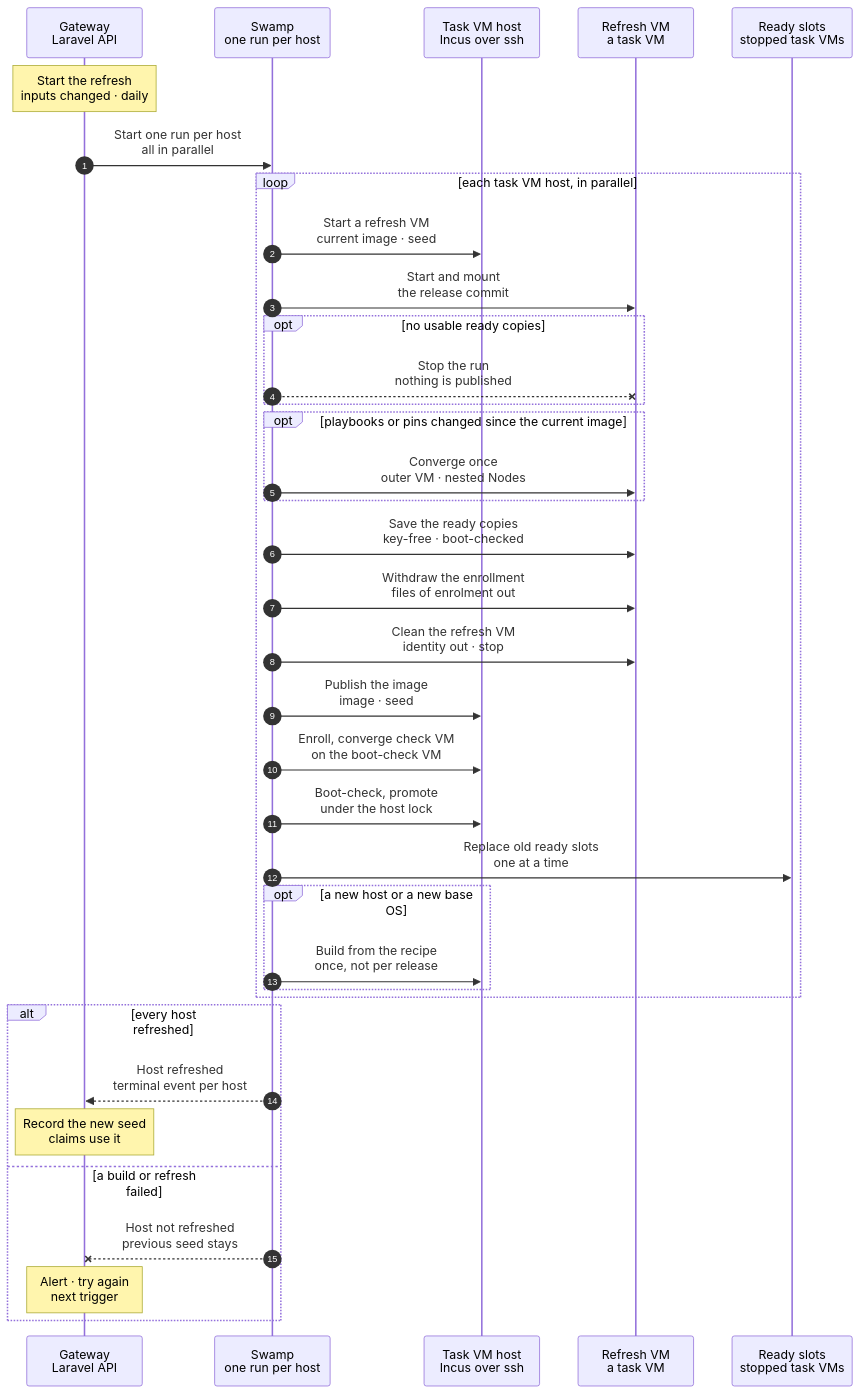
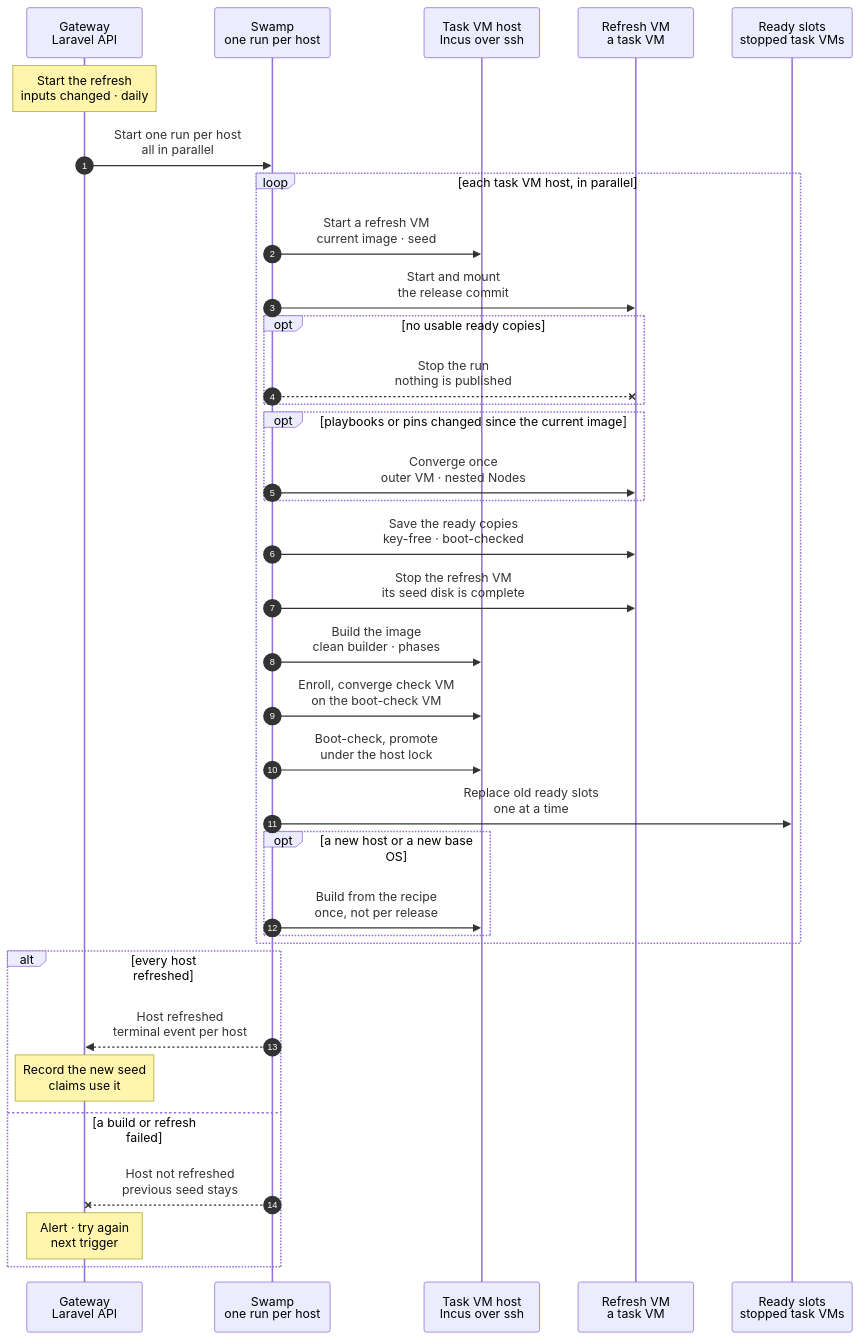
One commit to hardimpactdev/orbit changed the diagram in docs/reference/pipeline/6-task-image-seed-refresh.mmd. Above: the diagram before and after it, drawn with Mermaid. The commit also changed 1 other file, not shown here.

Commit message:
docs(pipeline): publish the task image from a clean builder (#2907)
* docs(pipeline): publish the task image from a clean builder

* docs(pipeline): the clean builder is one shared child, and the chart names its risks

---------

```diff
--- a/docs/reference/pipeline/6-task-image-seed-refresh.mmd
+++ b/docs/reference/pipeline/6-task-image-seed-refresh.mmd
@@ -66,28 +66,29 @@
     %%> - the refresh has no token step: every provision that starts a fleet renews the Swamp tokens of the nested Gateway (stage 2), so the age of the copies does not matter
     %%> - the copies carry format 3: the control plan the renewal reads is on the nested Gateway; copies of an older format are not used
     %%> Built: the child `operation-task-vm-ready-copies`, the kind `task_vm.ready_copies`, on the refresh VM
-    SW->>VM: Withdraw the enrollment<br/>files of enrolment out
-    %%> Decided by the orchestrator, for Nick's review:
-    %%> - a step of the refresh before the clean removes what the enrollment installed (the sudoers file `/etc/sudoers.d/orbit`, `authorized_keys2`, the observer binary and unit): an image that holds them makes the enrollment of the next VM fail with `install: No such file or directory`, which the first promoted image on shark did; the smoke is followed by a check that none of them is in the image
-    SW->>VM: Clean the refresh VM<br/>identity out · stop
-    %%> Decided by the orchestrator, for Nick's review:
-    %%> - one explicit clean step before the publication, the workflow `task-vm-image-clean`; the image build's `Clean and stop` calls the same workflow for its builder (`enrolled: false`), so there is one clean step and not two
-    %%> - it removes the nested guests and network, the WireGuard key, the observer identity and secret, the Pi token, the model key, the Club key and the checkout, resets the firewall (enrollment denies SSH except from Node 209 over the VPN, so the first smoke could not reach its VM), cloud-init, the machine-id and the SSH host keys, trims the disk and stops the VM
-    SW->>H: Publish the image<br/>image · seed
+    SW->>VM: Stop the refresh VM<br/>its seed disk is complete
+    %%> Decided by the orchestrator, for Nick's review (Nick approved 2026-11-06):
+    %%> - the refresh VM yields only its seed disk and is never published; it is stopped so that the copy of the disk is consistent
+    %%> - the seed disk holds only the `node-template` and the `fleet-ready-*` copies; the running nested guests are on the VM's own disk and go with the VM
+    %%> - this removes what existed because an enrolled VM was published: the withdraw step, the identity check and the `enrolled` branch of `task-vm-image-clean`
+    SW->>H: Build the image<br/>clean builder · phases
+    %%> Decided by the orchestrator, for Nick's review (Nick approved 2026-11-06):
+    %%> - the image is published from a builder: a clone of the image the refresh VM started from (its fingerprint, `candidate.source`), named `candidate.builder`, never enrolled, with no seed attached
+    %%> - the builder is brought to the pins of the release by the phases `software`, `tools` and `check`, then cleaned by `task-vm-image-clean` (cloud-init, machine-id, SSH host keys, trim, stop), which has no enrolled branch
+    %%> - the sequence from the launch to the publication is one child workflow, `task-vm-image-builder`, shared with the image build (`task_vm.image_build`), so the two cannot drift apart; the child returns the fingerprint
+    %%> - before the publication one assert checks that the builder has no `topology-seed` pool: an image must never carry the seed pool of the VM it came from
     %%> What it does:
-    %%> - stops the nested VMs and copies them into a clone of the seed as the new ready copies, key-free: the proof Club key is deleted, every file is scanned for it, and freed blocks are trimmed
-    %%> Proposed 2026-11-05:
-    %%> - each ready copy is self-contained: its `.env`, storage, `bootstrap/cache` and database stay on its own disk; it holds no checkout, because every task VM mounts its own
-    %%> - stores the nested network with the copies: the subnet, and each Node's NIC MAC and address
-    %%> - removes the refresh VM's WireGuard key from the operator Node record, so a new task VM joins with its own key (stage 2)
-    %%> - publishes the outer VM as the new task image
+    %%> - clones the builder, waits for its guest agent and cloud-init, runs the phases, asserts the pools, cleans and stops it, publishes it under a candidate alias and reads its fingerprint
+    %%> Risks the run accepts:
+    %%> - the ready copies are made on the refresh VM from the old image, and the image comes from the builder; the next provision is the check of the pair, and `-previous` (image and old seed) is the rollback
+    %%> - the `incus admin sql` surgery in the seed attach stays until every host serves an image whose lineage never held the seed pool, for example one rebuilt from stock with `task_vm.image_build`; the pool assert keeps that lineage clean, and a later PR deletes the surgery
     SW->>H: Enroll, converge check VM<br/>on the boot-check VM
     %%> Decided by the orchestrator, for Nick's review:
     %%> - a release can trigger a refresh with nobody watching, and a refresh starts from the image the host serves, so one bad image would reach every later provision; the candidate is therefore enrolled and converged before it is promoted
     %%> - on the throwaway VM of the boot check, after its check phase, the run enrolls the guest with the same bootstrap steps as an enrollment (account, key, sudoers file, observer install and verify), then converges it to the pins with the phases `software`, `tools` and `check`
     %%> - the bootstrap steps are one child workflow, `task-vm-bootstrap`, which `task-vm-enrollment` calls too, so the check and a real enrollment cannot drift apart
     %%> - the promotion waits for both steps; a candidate that cannot be enrolled or converged promotes nothing
-    %%> Built: the steps `Enroll the check VM` (the child `task-vm-bootstrap`, which `task-vm-enrollment` calls too) and `Converge the check VM` (the child `task-vm-image-ansible`, phases `software`, `tools` and `check`), after the identity check and before the seed copy
+    %%> Built: the steps `Enroll the check VM` (the child `task-vm-bootstrap`, which `task-vm-enrollment` calls too) and `Converge the check VM` (the child `task-vm-image-ansible`, phases `software`, `tools` and `check`), before the seed copy; the enrollment of the check VM is the guard against enrollment files left in an image
     %%> Not covered:
     %%> - the WireGuard peer, the observer start and the nested fleet: they need a Gateway-admitted Node, so the next provision is their check
     SW->>H: Boot-check, promote<br/>under the host lock
@@ -98,9 +99,7 @@
     %%> What it does:
     %%> - boots a throwaway copy of each ready copy and of the image to check them, then promotes both and destroys the refresh VM
     %%> - keeps the old image and seed as `-previous`, the rollback copy; cleanup always runs
-    %%> - a failed step keeps the old image and seed: the clean, and with it the publication and the promotion, run only after the VM step passed, so a VM whose fleet failed its readiness check promotes nothing
-    %%> Not built:
-    %%> - the whole refresh from a running task VM; today the seed refresh boots a builder from the image and has no topology build or ready copies (the old reset was removed), and the image is built from the recipe
+    %%> - a failed step keeps the old image and seed: the builder, and with it the publication and the promotion, run only after the VM step and the save of the ready copies passed, so a VM whose fleet failed its readiness check promotes nothing
     SW->>SL: Replace old ready slots<br/>one at a time
     %%> Target, not built:
     %%> - destroys a ready slot made from the old image, enrols a new one from the new image, then takes the next
```
